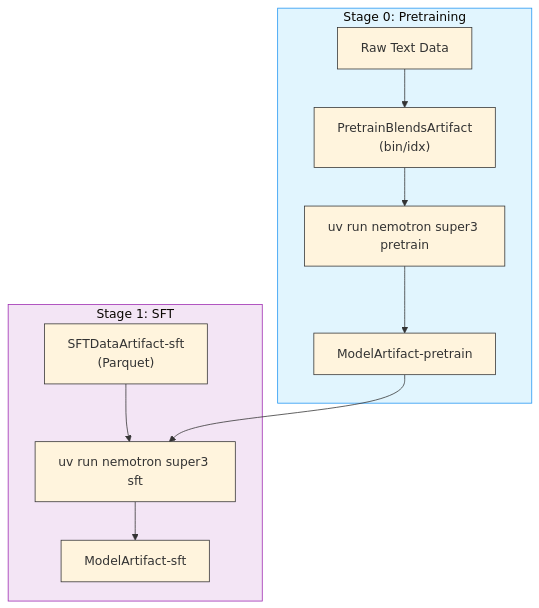
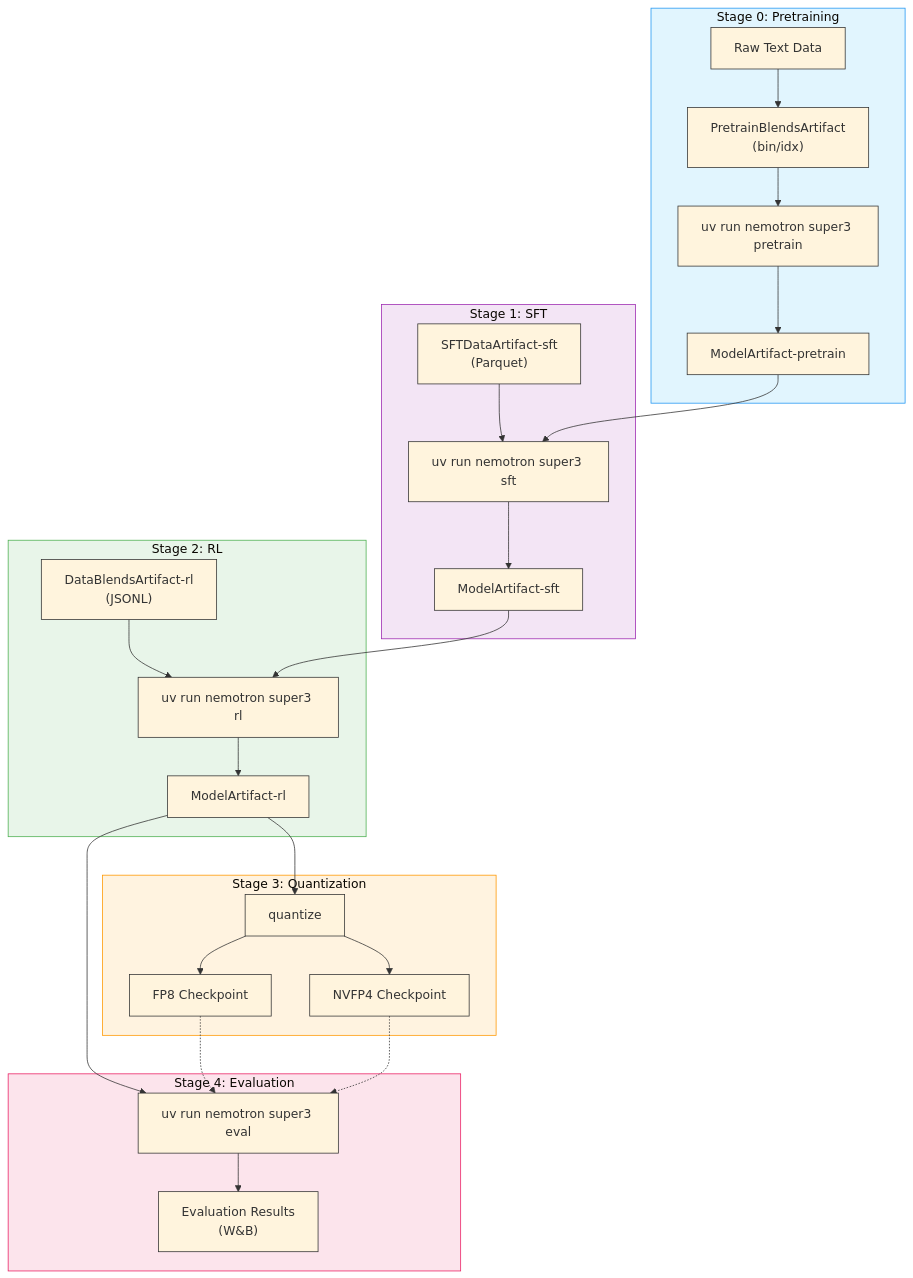
One commit to akao47/Nemotron changed the diagram in docs/nemotron/super3/README.md. Above: the diagram before and after it, drawn with Mermaid. The commit also changed other lines of this file and 13 other files, not shown here.

````diff
--- a/docs/nemotron/super3/README.md
+++ b/docs/nemotron/super3/README.md
@@ -108,18 +152,40 @@
 ```mermaid
 %%{init: {'theme': 'base', 'themeVariables': { 'primaryBorderColor': '#333333', 'lineColor': '#333333', 'primaryTextColor': '#333333', 'clusterBkg': '#ffffff', 'clusterBorder': '#333333'}}}%%
 flowchart TB
     subgraph pretrain["Stage 0: Pretraining"]
         raw["Raw Text Data"] --> data0["PretrainBlendsArtifact<br/>(bin/idx)"]
         data0 --> cmd0["uv run nemotron super3 pretrain"]
         cmd0 --> model0["ModelArtifact-pretrain"]
     end
 
     subgraph sft["Stage 1: SFT"]
         data1["SFTDataArtifact-sft<br/>(Parquet)"] --> cmd1["uv run nemotron super3 sft"]
         model0 --> cmd1
         cmd1 --> model1["ModelArtifact-sft"]
     end
 
+    subgraph rl["Stage 2: RL"]
+        data2["DataBlendsArtifact-rl<br/>(JSONL)"] --> cmd2["uv run nemotron super3 rl"]
+        model1 --> cmd2
+        cmd2 --> model2["ModelArtifact-rl"]
+    end
+
+    subgraph quant["Stage 3: Quantization"]
+        model2 --> cmd3["quantize"]
+        cmd3 --> model3a["FP8 Checkpoint"]
+        cmd3 --> model3b["NVFP4 Checkpoint"]
+    end
+
+    subgraph eval["Stage 4: Evaluation"]
+        model2 --> cmd4["uv run nemotron super3 eval"]
+        model3a -.-> cmd4
+        model3b -.-> cmd4
+        cmd4 --> results["Evaluation Results<br/>(W&B)"]
+    end
+
     style pretrain fill:#e1f5fe,stroke:#2196f3
     style sft fill:#f3e5f5,stroke:#9c27b0
+    style rl fill:#e8f5e9,stroke:#4caf50
+    style quant fill:#fff3e0,stroke:#ff9800
+    style eval fill:#fce4ec,stroke:#e91e63
 ```
````
